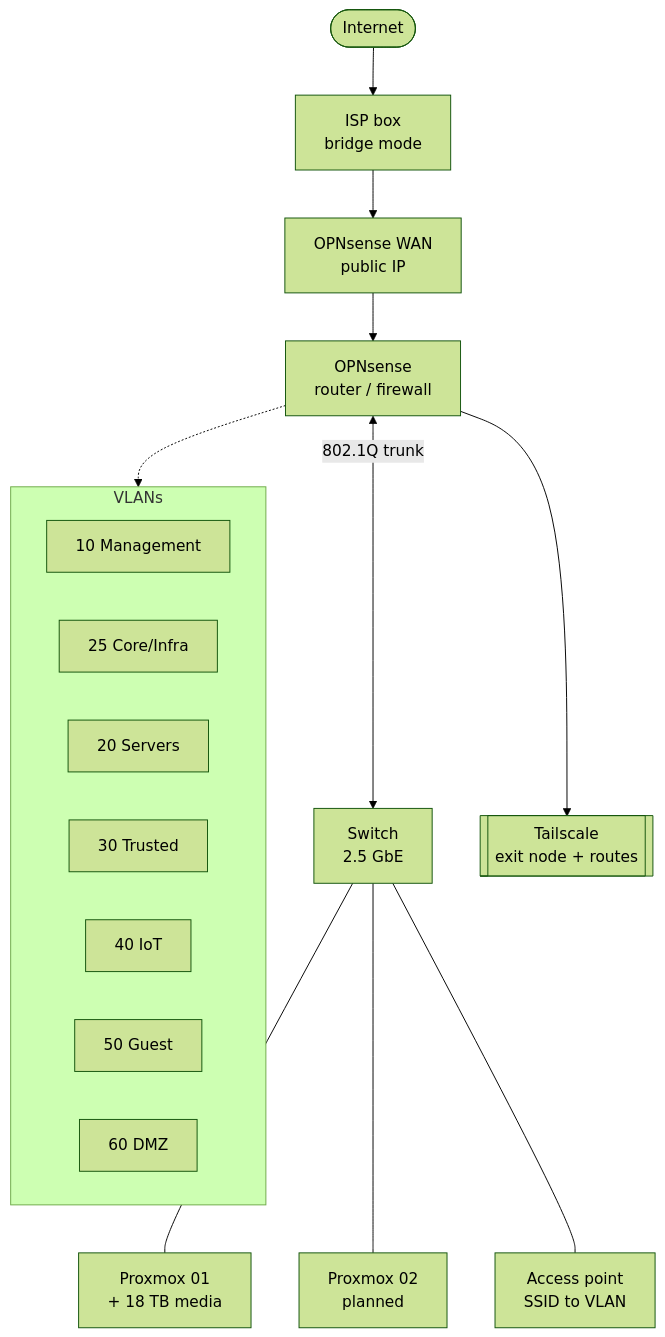
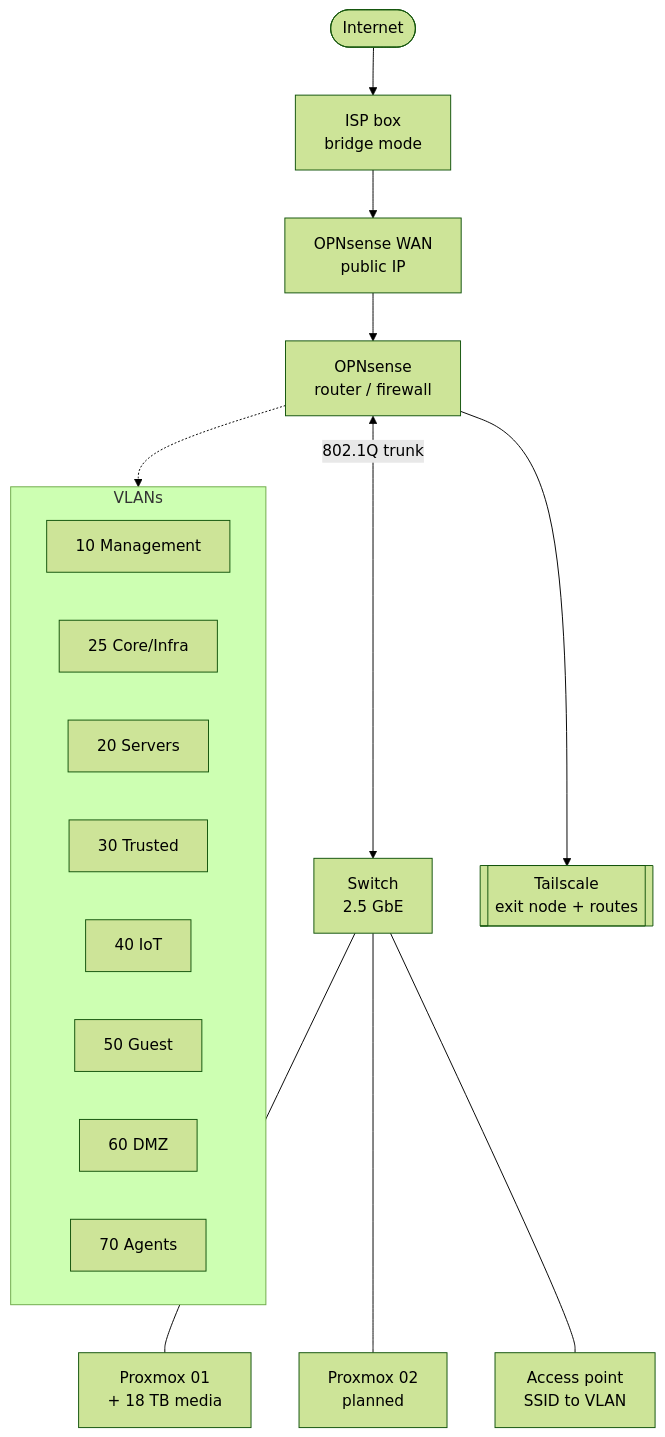
One commit to gauthier-se/homelab changed the diagram in README.md. Above: the diagram before and after it, drawn with Mermaid (forest theme). The commit also changed other lines of this file and 1 other file, not shown here.

First line of the commit message:
docs: the Agents VLAN and the agent factory

````diff
--- a/README.md
+++ b/README.md
@@ -83,22 +89,23 @@
 ```mermaid
 flowchart TD
     NET([Internet]) --> FB[ISP box<br/>bridge mode]
     FB --> WAN[OPNsense WAN<br/>public IP]
     WAN --> OPN[OPNsense<br/>router / firewall]
     OPN <-->|802.1Q trunk| SW[Switch<br/>2.5 GbE]
     SW --- PVE1[Proxmox 01<br/>+ 18 TB media]
     SW --- PVE2[Proxmox 02<br/>planned]
     SW --- AP[Access point<br/>SSID to VLAN]
 
     subgraph VLANs
       V10[10 Management]
       V25[25 Core/Infra]
       V20[20 Servers]
       V30[30 Trusted]
       V40[40 IoT]
       V50[50 Guest]
       V60[60 DMZ]
+      V70[70 Agents]
     end
     OPN -.-> VLANs
     OPN --> TS[[Tailscale<br/>exit node + routes]]
 ```
````
